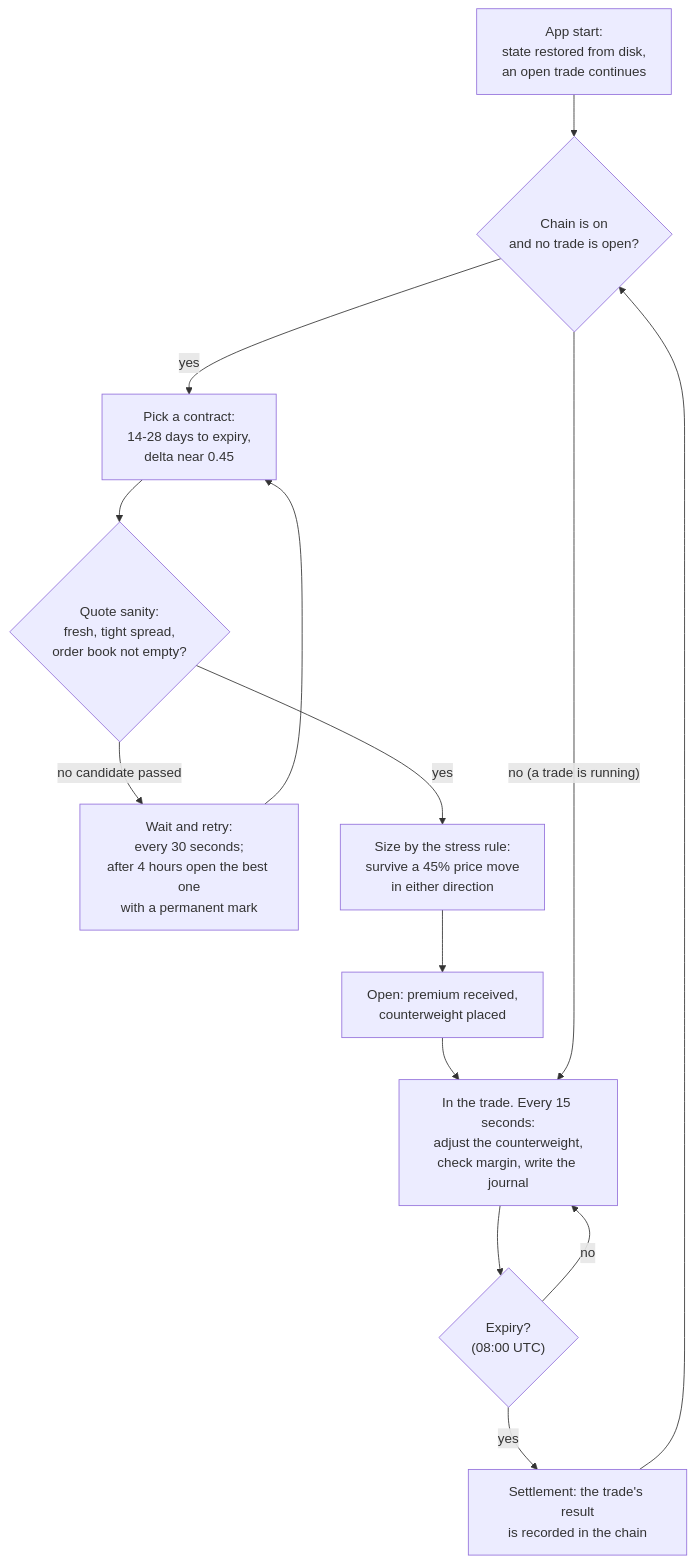
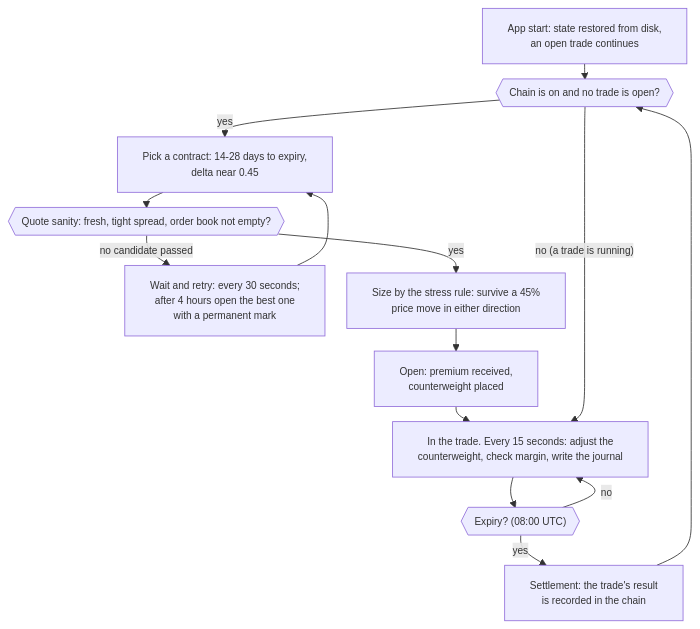
The first of 6 diagrams in botLab-desktop/docs/bot2-btc-options-how-it-works.en.md (hamiltonalex/botLab), drawn with Mermaid before and after one commit. The commit also changed other lines of this file and 1 other file, not shown here.

Commit message:
docs(btc-options): диаграммы цикла и воронки вписаны в вертикальный А4 - плоские решения и компактный init (ru/en)

````diff
--- a/botLab-desktop/docs/bot2-btc-options-how-it-works.en.md
+++ b/botLab-desktop/docs/bot2-btc-options-how-it-works.en.md
@@ -39,16 +39,17 @@
 ```mermaid
+%%{init: {"themeVariables": {"fontSize": "12px"}, "flowchart": {"nodeSpacing": 26, "rankSpacing": 18, "diagramPadding": 4, "wrappingWidth": 380}}}%%
 flowchart TD
-    A["App start:<br/>state restored from disk,<br/>an open trade continues"] --> B{"Chain is on<br/>and no trade is open?"}
-    B -- "yes" --> C["Pick a contract:<br/>14-28 days to expiry,<br/>delta near 0.45"]
-    C --> D{"Quote sanity:<br/>fresh, tight spread,<br/>order book not empty?"}
-    D -- "no candidate passed" --> W["Wait and retry:<br/>every 30 seconds;<br/>after 4 hours open the best one<br/>with a permanent mark"]
+    A["App start: state restored from disk,<br/>an open trade continues"] --> B{{"Chain is on and no trade is open?"}}
+    B -- "yes" --> C["Pick a contract: 14-28 days to expiry,<br/>delta near 0.45"]
+    C --> D{{"Quote sanity: fresh, tight spread, order book not empty?"}}
+    D -- "no candidate passed" --> W["Wait and retry: every 30 seconds;<br/>after 4 hours open the best one<br/>with a permanent mark"]
     W --> C
-    D -- "yes" --> E["Size by the stress rule:<br/>survive a 45% price move<br/>in either direction"]
+    D -- "yes" --> E["Size by the stress rule: survive a 45%<br/>price move in either direction"]
     E --> F["Open: premium received,<br/>counterweight placed"]
-    F --> G["In the trade. Every 15 seconds:<br/>adjust the counterweight,<br/>check margin, write the journal"]
-    G --> H{"Expiry?<br/>(08:00 UTC)"}
+    F --> G["In the trade. Every 15 seconds: adjust the<br/>counterweight, check margin, write the journal"]
+    G --> H{{"Expiry? (08:00 UTC)"}}
     H -- "no" --> G
     H -- "yes" --> I["Settlement: the trade's result<br/>is recorded in the chain"]
     I --> B
     B -- "no (a trade is running)" --> G
 ```
````
